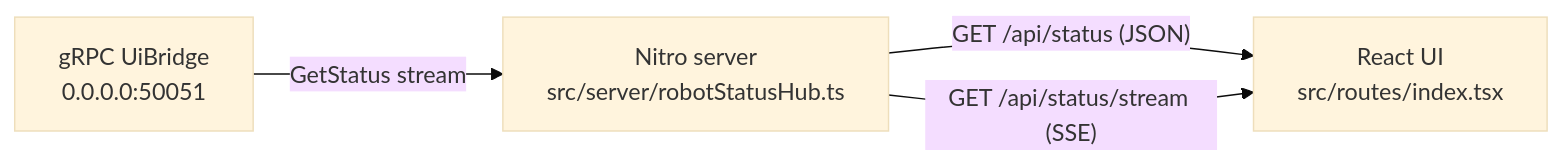
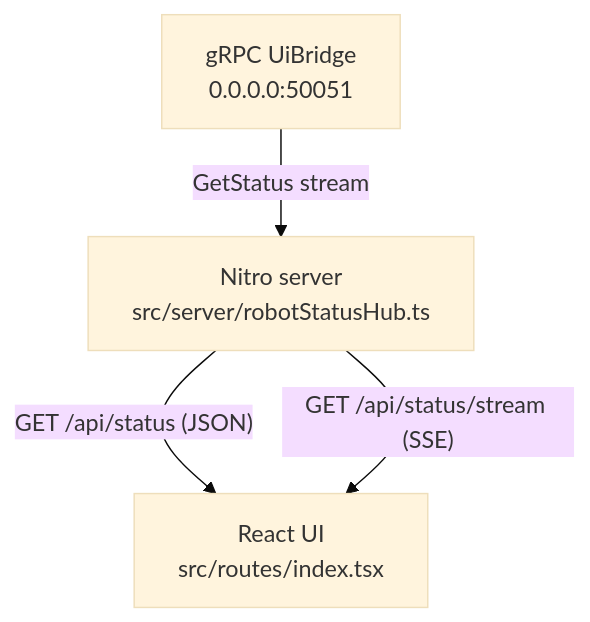
The first of 2 diagrams in README.md (MicroWebStacks/tanstack-robot-space), drawn with Mermaid (base theme) before and after one commit. The commit also changed 1 other file, not shown here.

````diff
--- a/README.md
+++ b/README.md
@@ -33,6 +33,6 @@
 ```mermaid
-flowchart LR
+flowchart TD
   GRPC[gRPC UiBridge<br/>0.0.0.0:50051] -->|GetStatus stream| HUB[Nitro server<br/>src/server/robotStatusHub.ts]
   HUB -->|"GET /api/status (JSON)"| UI[React UI<br/>src/routes/index.tsx]
   HUB -->|"GET /api/status/stream (SSE)"| UI
 ```
````
